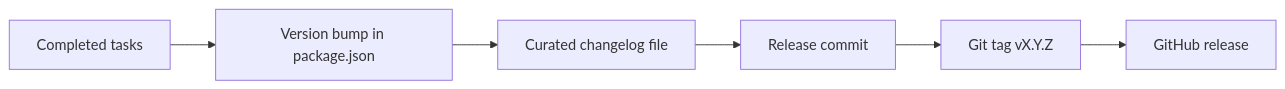
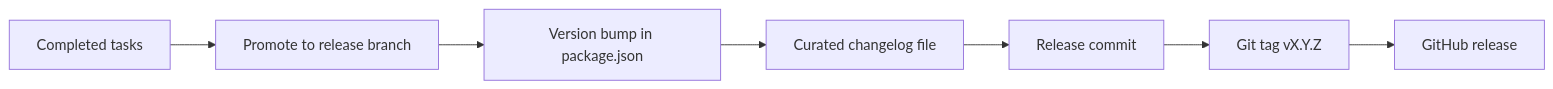
Before and after one commit to AlexAgo83/emberwake: the fifth of 6 diagrams in README.md, drawn with Mermaid. The commit also changed other lines of this file and 14 other files, not shown here.

Commit message:
Define release-branch workflow and visual identity direction

````diff
--- a/README.md
+++ b/README.md
@@ -150,8 +151,9 @@
 ```mermaid
 flowchart LR
-    Tasks[Completed tasks] --> Version[Version bump in package.json]
+    Tasks[Completed tasks] --> ReleaseBranch[Promote to release branch]
+    ReleaseBranch --> Version[Version bump in package.json]
     Version --> Changelog[Curated changelog file]
     Changelog --> Commit[Release commit]
     Commit --> Tag[Git tag vX.Y.Z]
     Tag --> Release[GitHub release]
 ```
````
